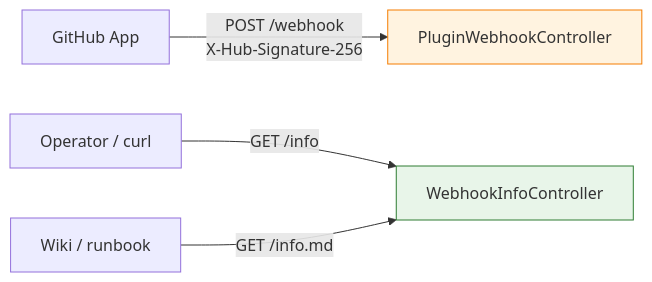
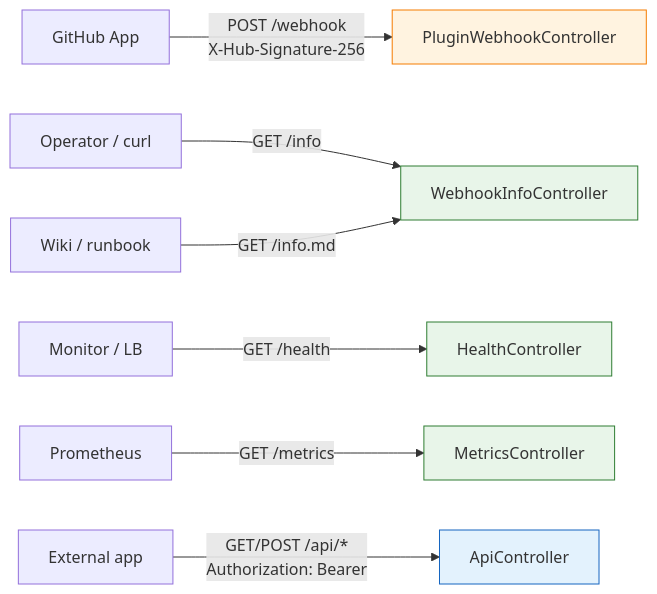
Before and after one commit to Silmaen/teamcity-github: the diagram in doc/api-reference.md, drawn with Mermaid. The commit also changed other lines of this file and 64 other files, not shown here.

````diff
--- a/doc/api-reference.md
+++ b/doc/api-reference.md
@@ -21,9 +34,13 @@
 ```mermaid
 flowchart LR
     classDef pub fill:#e8f5e9,stroke:#2e7d32
     classDef sec fill:#fff3e0,stroke:#f57c00
+    classDef tok fill:#e3f2fd,stroke:#1565c0
 
     A[GitHub App] -->|"POST /webhook<br/>X-Hub-Signature-256"| B[PluginWebhookController]:::sec
     C[Operator / curl] -->|"GET /info"| D[WebhookInfoController]:::pub
     E[Wiki / runbook] -->|"GET /info.md"| D
+    F[Monitor / LB] -->|"GET /health"| G[HealthController]:::pub
+    H[Prometheus] -->|"GET /metrics"| I[MetricsController]:::pub
+    J[External app] -->|"GET/POST /api/*<br/>Authorization: Bearer"| K[ApiController]:::tok
 ```
````
